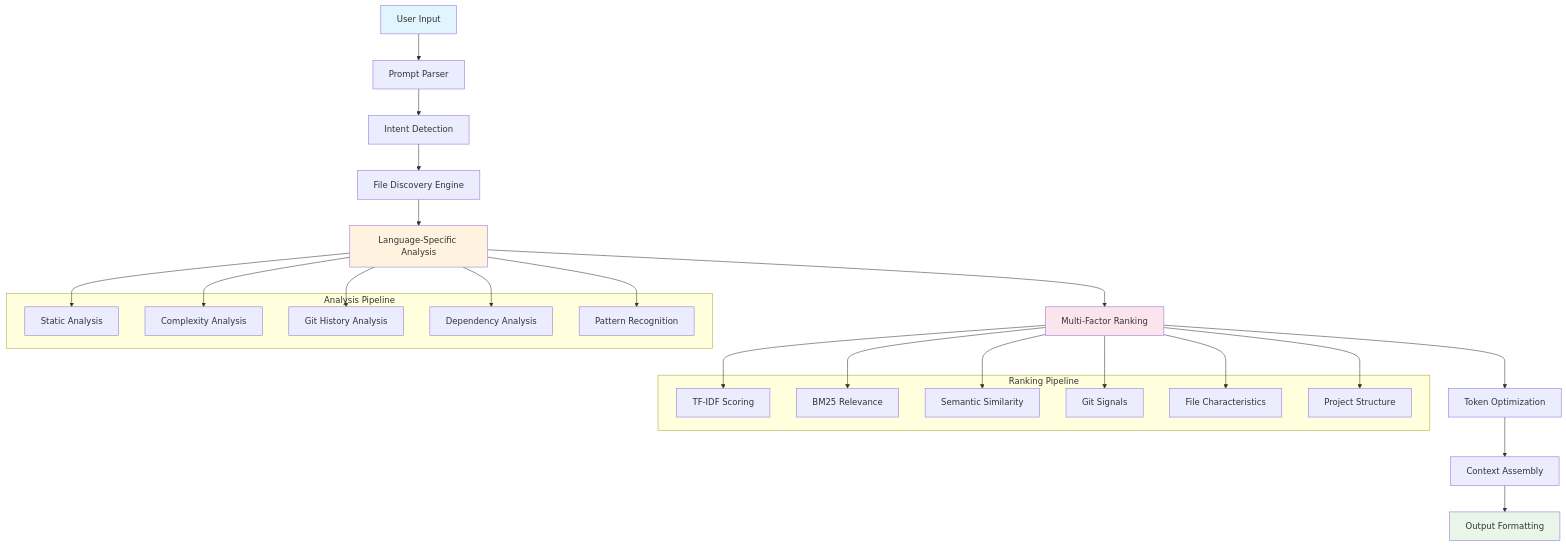
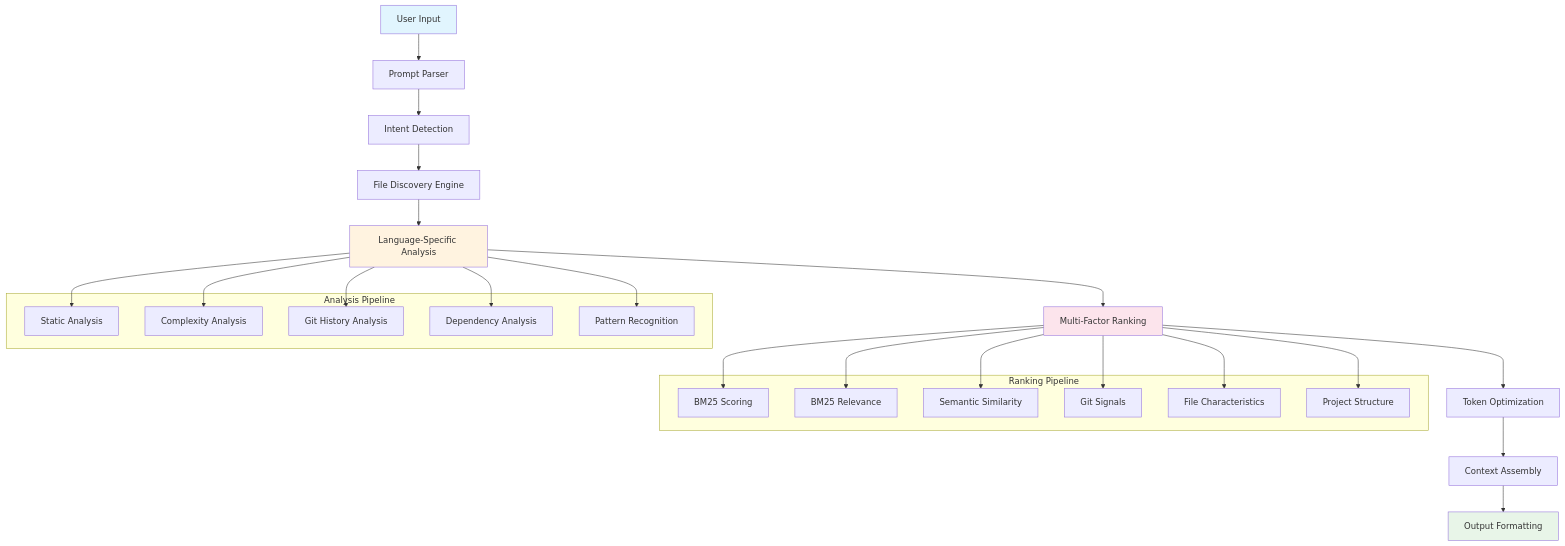
Before and after one commit to jddunn/tenets: the first of 11 diagrams in docs/architecture/core_systems.md, drawn with Mermaid. The commit also changed other lines of this file and 7 other files, not shown here.

````diff
--- a/docs/architecture/core_systems.md
+++ b/docs/architecture/core_systems.md
@@ -16,46 +16,46 @@
 ```mermaid
 graph TB
     A[User Input] --> B[Prompt Parser]
     B --> C[Intent Detection]
     C --> D[File Discovery Engine]
     D --> E[Language-Specific Analysis]
     E --> F[Multi-Factor Ranking]
     F --> G[Token Optimization]
     G --> H[Context Assembly]
     H --> I[Output Formatting]
 
     subgraph "Analysis Pipeline"
         E1[Static Analysis]
         E2[Complexity Analysis]
         E3[Git History Analysis]
         E4[Dependency Analysis]
         E5[Pattern Recognition]
     end
 
     subgraph "Ranking Pipeline"
-        F1[TF-IDF Scoring]
+        F1[BM25 Scoring]
         F2[BM25 Relevance]
         F3[Semantic Similarity]
         F4[Git Signals]
         F5[File Characteristics]
         F6[Project Structure]
     end
 
     E --> E1
     E --> E2
     E --> E3
     E --> E4
     E --> E5
 
     F --> F1
     F --> F2
     F --> F3
     F --> F4
     F --> F5
     F --> F6
 
     style A fill:#e1f5fe
     style I fill:#e8f5e8
     style E fill:#fff3e0
     style F fill:#fce4ec
 ```
````
